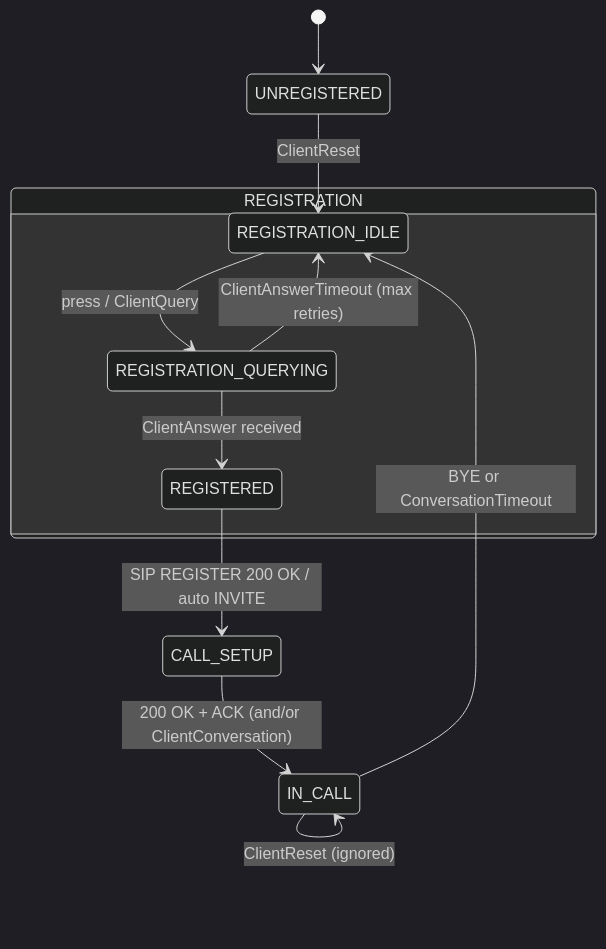
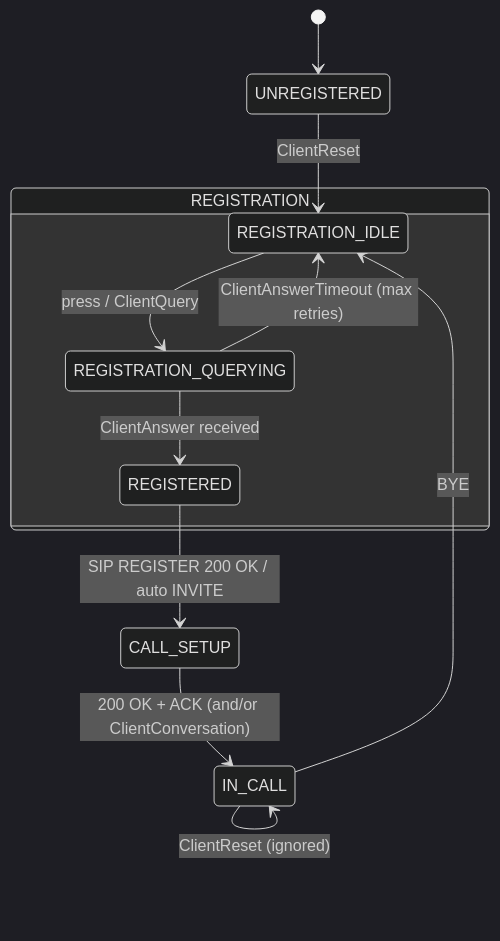
Before and after one commit to n-korel/bes_controller: the fourth of 4 diagrams in BUCIS-BES_Simulator.md, drawn with Mermaid (dark theme). The commit also changed other lines of this file and 5 other files, not shown here.

````diff
--- a/BUCIS-BES_Simulator.md
+++ b/BUCIS-BES_Simulator.md
@@ -875,17 +875,17 @@
 ```mermaid
 stateDiagram-v2
     [*] --> UNREGISTERED
     UNREGISTERED --> REGISTRATION_IDLE: ClientReset
 
     state REGISTRATION {
         REGISTRATION_IDLE --> REGISTRATION_QUERYING: press / ClientQuery
         REGISTRATION_QUERYING --> REGISTRATION_IDLE: ClientAnswerTimeout (max retries)
         REGISTRATION_QUERYING --> REGISTERED: ClientAnswer received
     }
 
     REGISTERED --> CALL_SETUP: SIP REGISTER 200 OK / auto INVITE
     CALL_SETUP --> IN_CALL: 200 OK + ACK (and/or ClientConversation)
-    IN_CALL --> REGISTRATION_IDLE: BYE or ConversationTimeout
+    IN_CALL --> REGISTRATION_IDLE: BYE
 
     IN_CALL --> IN_CALL: ClientReset (ignored)
 ```
````
